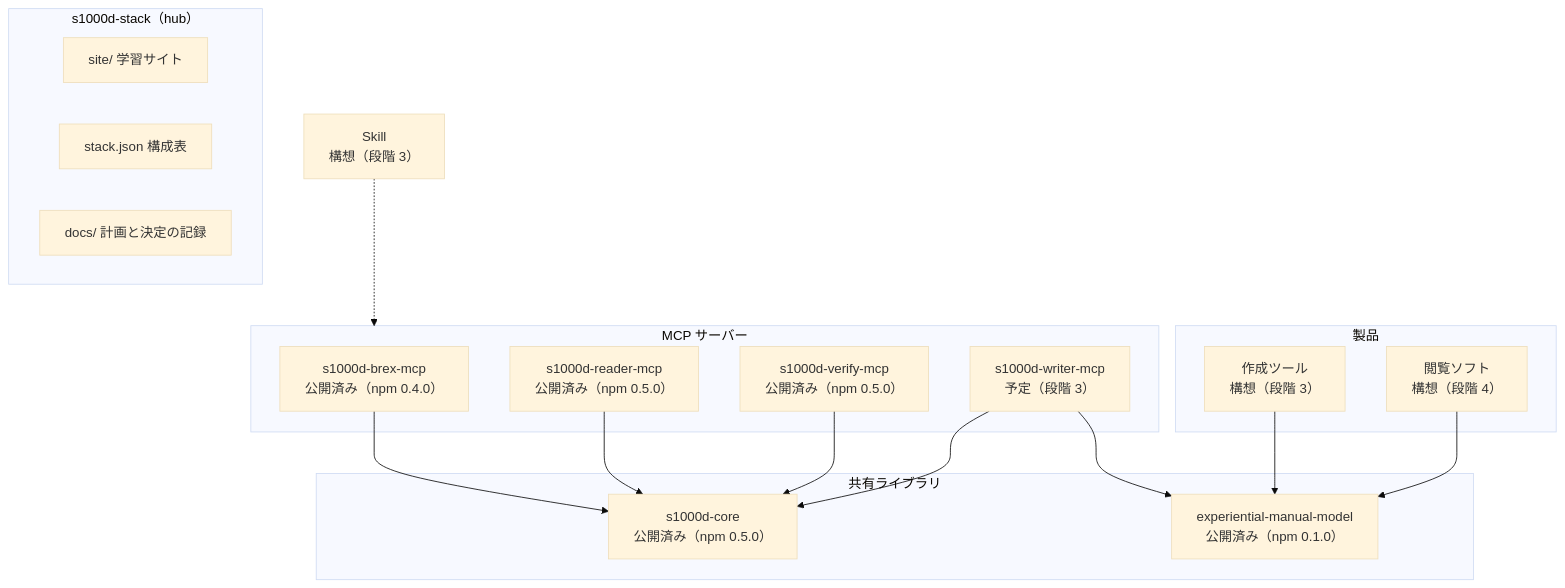
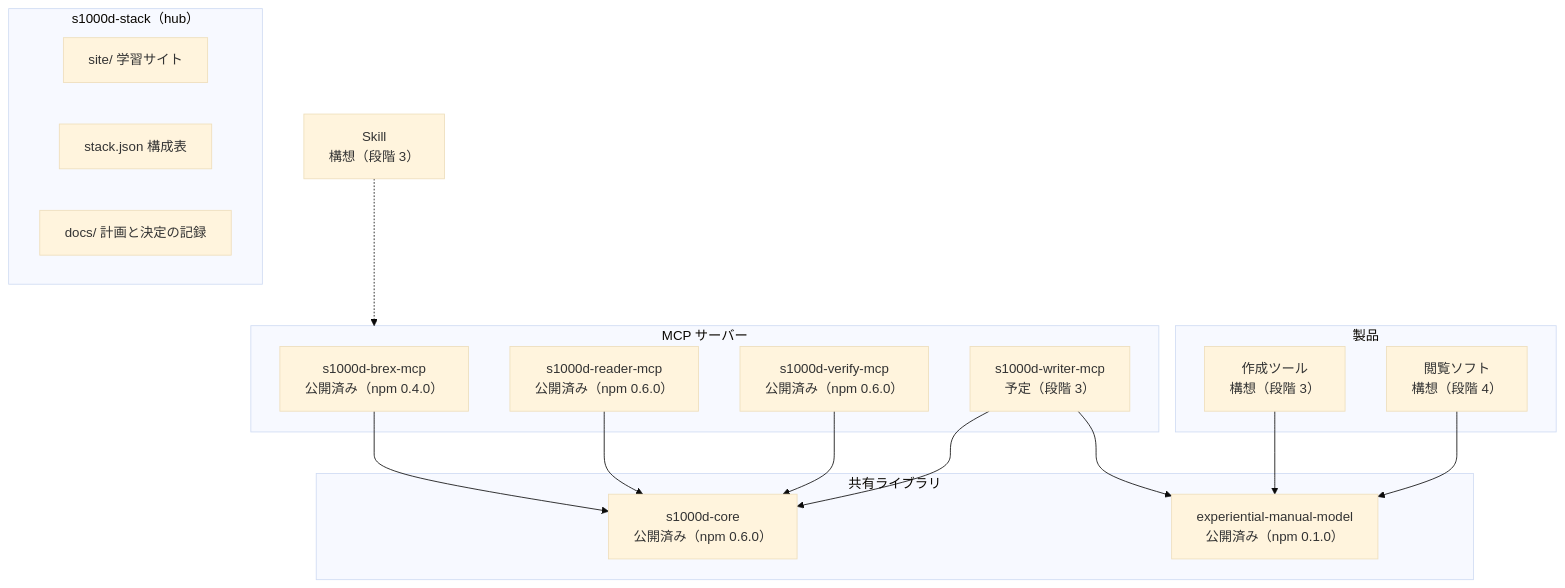
The diagram in site/src/content/docs/ja/guide/architecture.md (shuji-bonji/s1000d-stack), drawn with Mermaid (base theme) before and after one commit. The commit also changed other lines of this file and 3 other files, not shown here.

First line of the commit message:
docs: verify-mcp / reader-mcp 0.6.0 の公開に合わせて版の表記と引き継ぎメモを揃える

````diff
--- a/site/src/content/docs/ja/guide/architecture.md
+++ b/site/src/content/docs/ja/guide/architecture.md
@@ -10,31 +10,31 @@
 ```mermaid
 flowchart TB
   subgraph Hub["s1000d-stack（hub）"]
     SITE["site/ 学習サイト"]
     STACK["stack.json 構成表"]
     DOCS["docs/ 計画と決定の記録"]
   end
   subgraph Lib["共有ライブラリ"]
-    CORE["s1000d-core<br/>公開済み（npm 0.5.0）"]
+    CORE["s1000d-core<br/>公開済み（npm 0.6.0）"]
     MODEL["experiential-manual-model<br/>公開済み（npm 0.1.0）"]
   end
   subgraph Mcp["MCP サーバー"]
     BREX["s1000d-brex-mcp<br/>公開済み（npm 0.4.0）"]
-    R["s1000d-reader-mcp<br/>公開済み（npm 0.5.0）"]
-    V["s1000d-verify-mcp<br/>公開済み（npm 0.5.0）"]
+    R["s1000d-reader-mcp<br/>公開済み（npm 0.6.0）"]
+    V["s1000d-verify-mcp<br/>公開済み（npm 0.6.0）"]
     W["s1000d-writer-mcp<br/>予定（段階 3）"]
   end
   subgraph App["製品"]
     ED["作成ツール<br/>構想（段階 3）"]
     VW["閲覧ソフト<br/>構想（段階 4）"]
   end
   SK["Skill<br/>構想（段階 3）"]
   BREX --> CORE
   R --> CORE
   V --> CORE
   W --> CORE
   W --> MODEL
   ED --> MODEL
   VW --> MODEL
   SK -.-> Mcp
 ```
````
